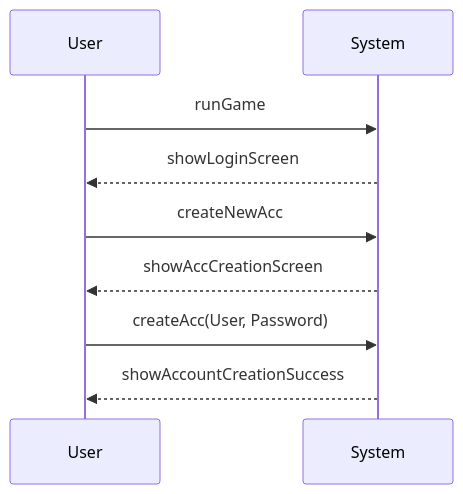
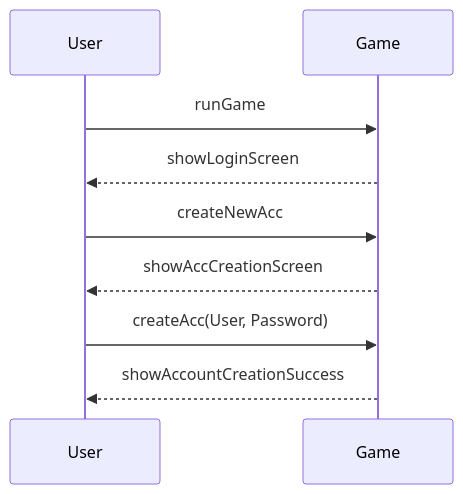
One commit to Shamdan17/Bricking_Bad changed the diagram in system-sequence-diagrams/make-an-account-scenario.md. Above: the diagram before and after it, drawn with Mermaid. The commit also changed 14 other files, not shown here.

Commit message:
change all instances of system to game

````diff
--- a/system-sequence-diagrams/make-an-account-scenario.md
+++ b/system-sequence-diagrams/make-an-account-scenario.md
@@ -3,12 +3,12 @@
 ```mermaid
 sequenceDiagram
 participant User
-participant System
-User->> System: runGame
-System-->>User: showLoginScreen
-User->> System: createNewAcc
-System-->>User: showAccCreationScreen
-User->> System: createAcc(User, Password)
-System-->>User: showAccountCreationSuccess
+participant Game
+User->> Game: runGame
+Game-->>User: showLoginScreen
+User->> Game: createNewAcc
+Game-->>User: showAccCreationScreen
+User->> Game: createAcc(User, Password)
+Game-->>User: showAccountCreationSuccess
 
 ```
````
